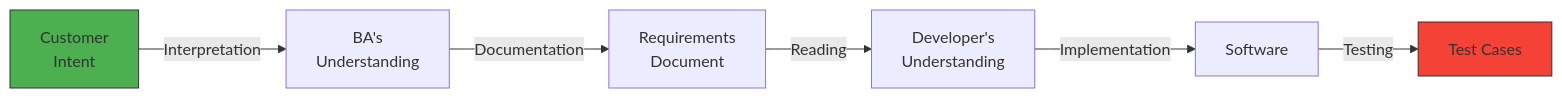
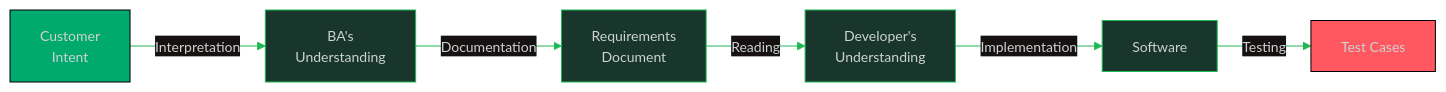
The first of 7 diagrams in software-engineering-note/01_Software_Requirements/13_ATDD_BDD_and_Acceptance.md (oat431/swe-knowledge), drawn with Mermaid before and after one commit. The commit also changed other lines of this file and 13 other files, not shown here.

````diff
--- a/software-engineering-note/01_Software_Requirements/13_ATDD_BDD_and_Acceptance.md
+++ b/software-engineering-note/01_Software_Requirements/13_ATDD_BDD_and_Acceptance.md
@@ -39,11 +39,12 @@
 ```mermaid
+%%{init: {'theme':'base','themeVariables':{'primaryColor':'#19362D','primaryTextColor':'#CDD3D1','primaryBorderColor':'#1FB854','lineColor':'#1FB854','secondaryColor':'#161212','tertiaryColor':'#1B1717','background':'#1B1717','mainBkg':'#19362D','nodeBorder':'#1FB854','clusterBkg':'#161212','clusterBorder':'#19362D','titleColor':'#1FB854','edgeLabelBackground':'#161212','fontSize':'14px'}}}%%
 graph LR
     A["Customer<br/>Intent"] -->|"Interpretation"| B["BA's<br/>Understanding"]
     B -->|"Documentation"| C["Requirements<br/>Document"]
     C -->|"Reading"| D["Developer's<br/>Understanding"]
     D -->|"Implementation"| E["Software"]
     E -->|"Testing"| F["Test Cases"]
     
-    style A fill:#4CAF50,stroke:#333
-    style F fill:#F44336,stroke:#333
+    style A fill:#00A96E,stroke:#000000
+    style F fill:#FF5861,stroke:#000000
 ```
````
